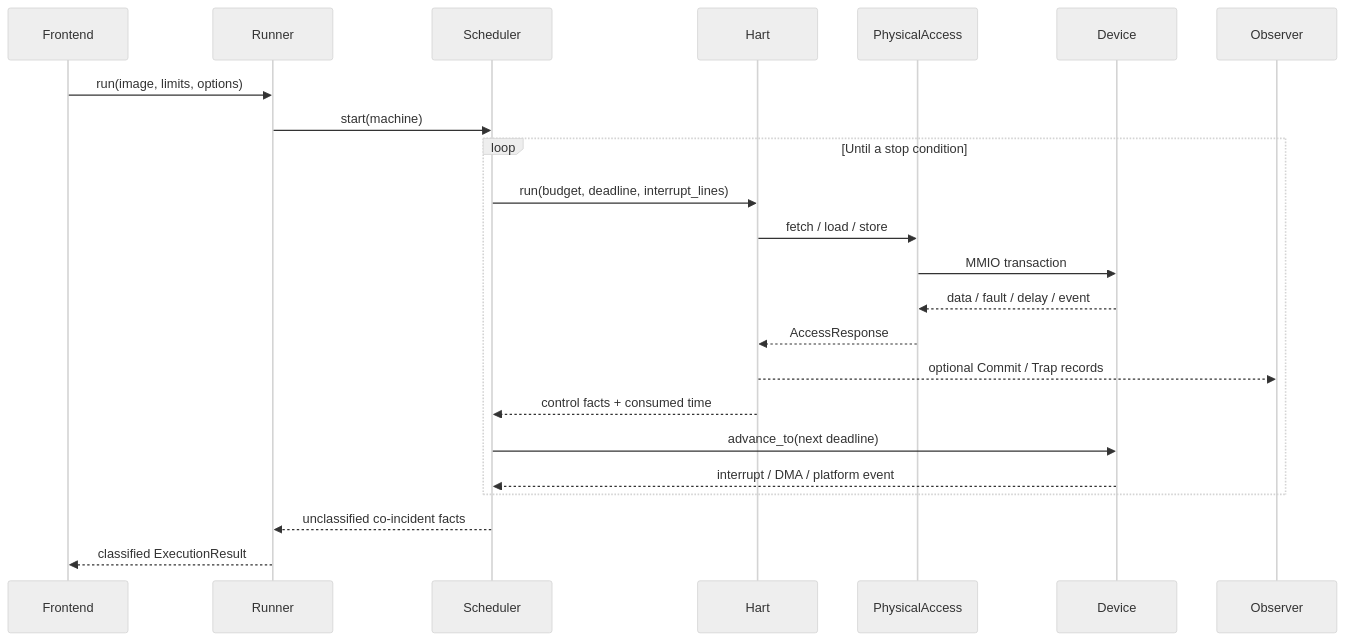
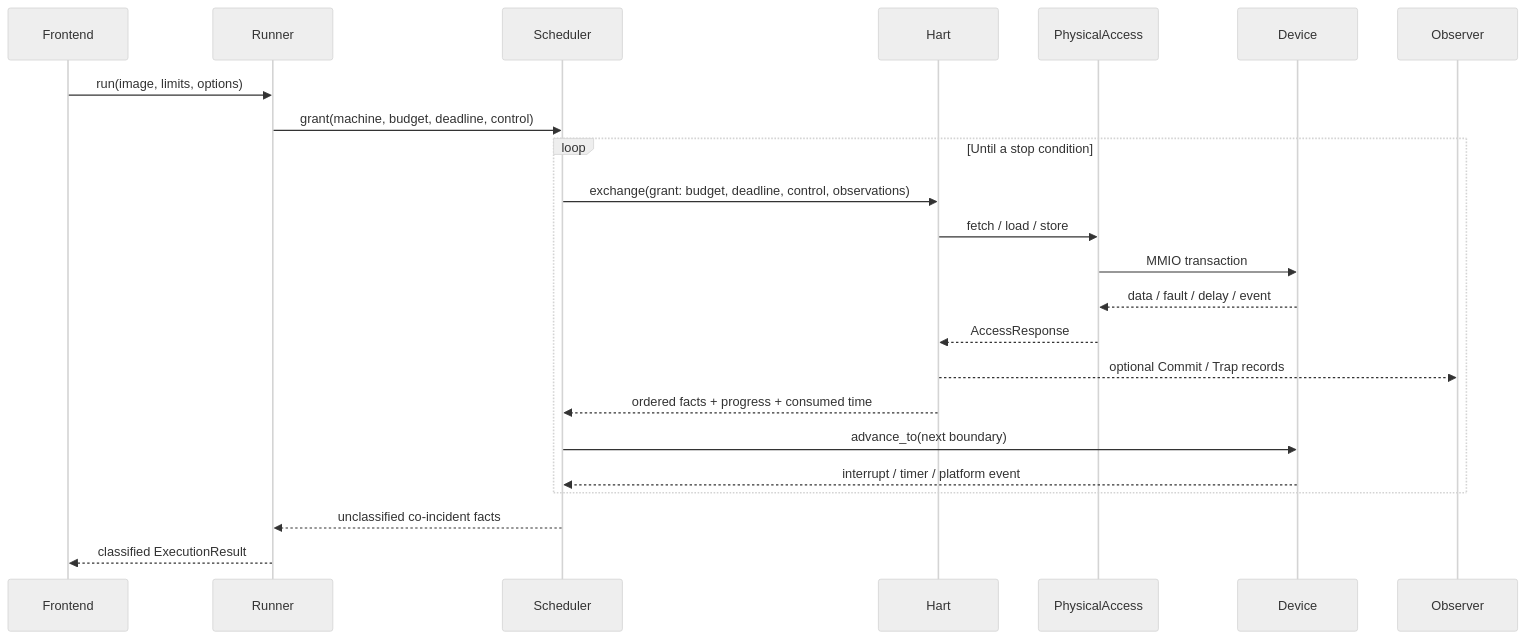
The seventh of 8 diagrams in docs/architecture/README.md (mimiqdev/ruscv-sim), drawn with Mermaid (neutral theme) before and after one commit. The commit also changed other lines of this file and 7 other files, not shown here.

Commit message:
docs(architecture): add interrupt and time boundary ADR

````diff
--- a/docs/architecture/README.md
+++ b/docs/architecture/README.md
@@ -286,28 +286,28 @@
 ```mermaid
 sequenceDiagram
     participant F as Frontend
     participant R as Runner
     participant S as Scheduler
     participant H as Hart
     participant B as PhysicalAccess
     participant D as Device
     participant O as Observer
 
     F->>R: run(image, limits, options)
-    R->>S: start(machine)
+    R->>S: grant(machine, budget, deadline, control)
 
     loop Until a stop condition
-        S->>H: run(budget, deadline, interrupt_lines)
+        S->>H: exchange(grant: budget, deadline, control, observations)
         H->>B: fetch / load / store
         B->>D: MMIO transaction
         D-->>B: data / fault / delay / event
         B-->>H: AccessResponse
         H-->>O: optional Commit / Trap records
-        H-->>S: control facts + consumed time
-        S->>D: advance_to(next deadline)
-        D-->>S: interrupt / DMA / platform event
+        H-->>S: ordered facts + progress + consumed time
+        S->>D: advance_to(next boundary)
+        D-->>S: interrupt / timer / platform event
     end
 
     S-->>R: unclassified co-incident facts
     R-->>F: classified ExecutionResult
 ```
````
